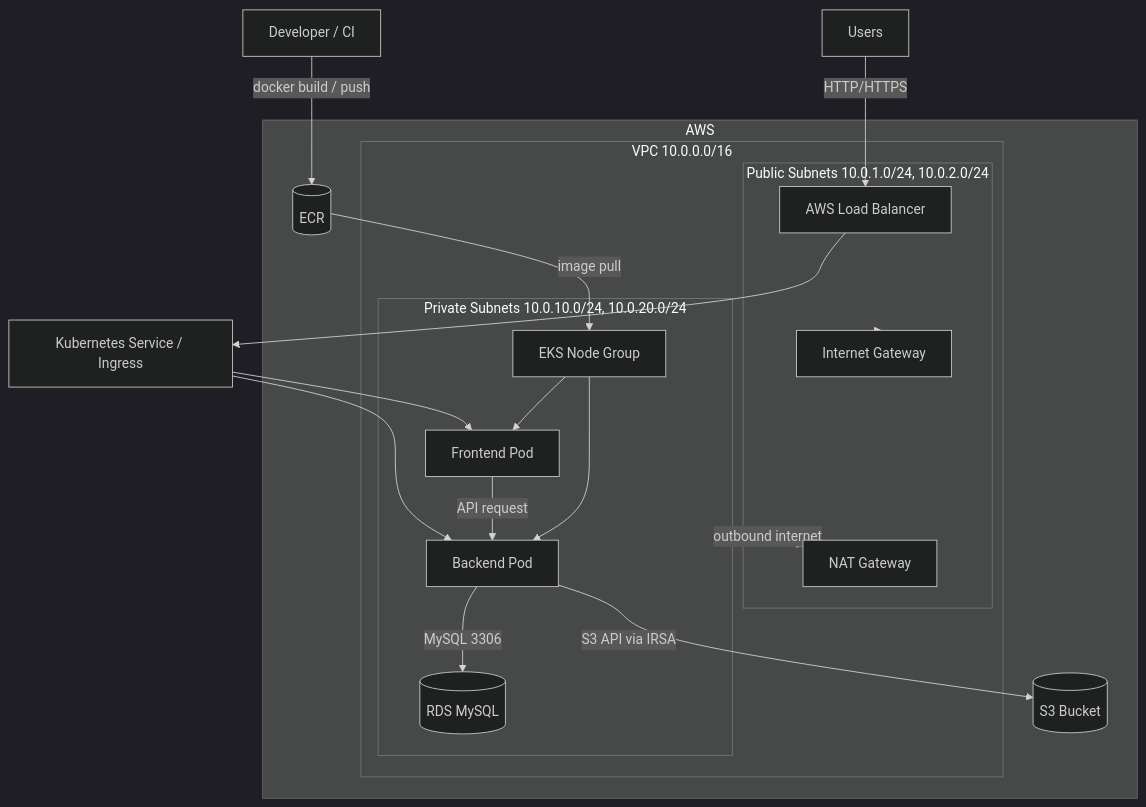
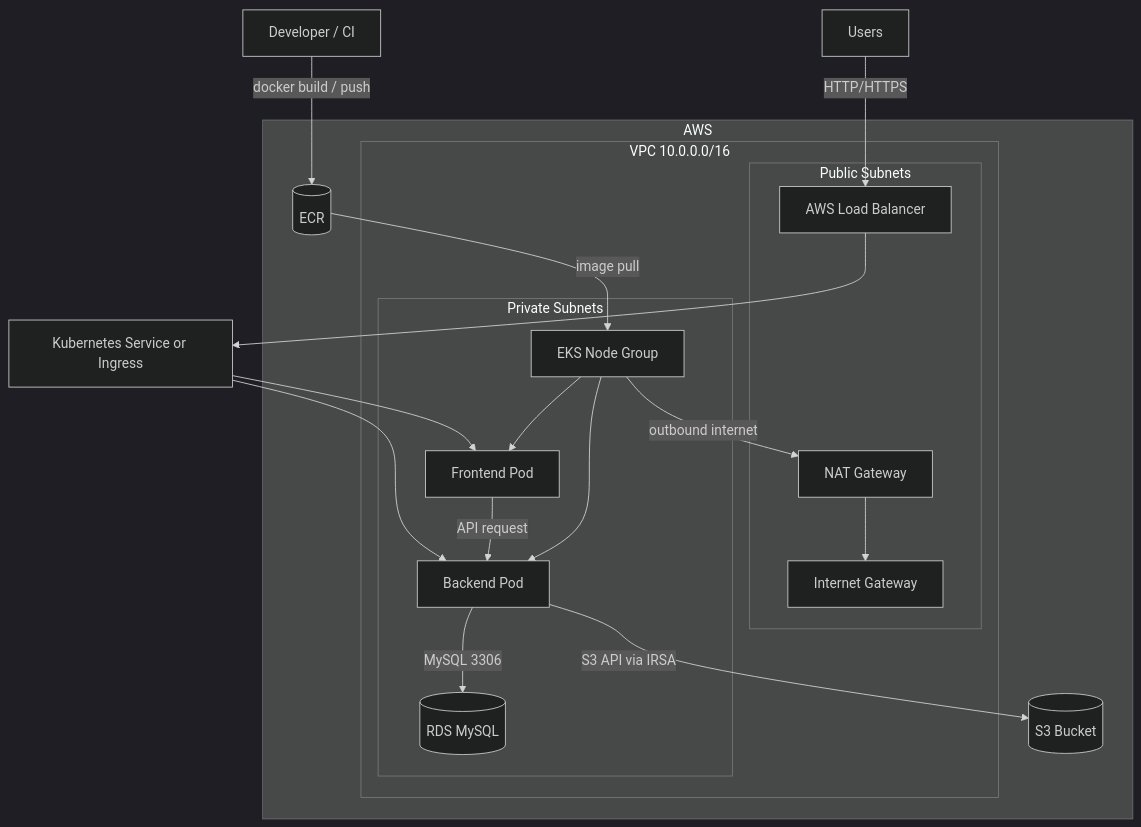
The diagram in README.md (mmije0ng/Rookies_Terraform-k8s-infra), drawn with Mermaid (dark theme) before and after one commit.

Commit message:
docs: fix GitHub Mermaid architecture diagram
- Updated README Mermaid diagram to use GitHub-compatible node and subgraph syntax

- Replaced subgraph-to-subgraph edges with explicit node connections

- Kept AWS, EKS, frontend, backend, RDS, S3, and ECR deployment flow documented

````diff
--- a/README.md
+++ b/README.md
@@ -69,39 +69,39 @@
 ```mermaid
 flowchart TB
-    user[Users] -->|HTTP/HTTPS| lb[AWS Load Balancer]
-    lb --> svc[Kubernetes Service / Ingress]
-    svc --> fe[Frontend Pod]
-    svc --> be[Backend Pod]
+    users[Users] -->|HTTP/HTTPS| lb[AWS Load Balancer]
+    lb --> svc[Kubernetes Service or Ingress]
+    svc --> frontend[Frontend Pod]
+    svc --> backend[Backend Pod]
 
-    fe -->|API request| be
-    be -->|MySQL 3306| rds[(RDS MySQL)]
-    be -->|S3 API via IRSA| s3[(S3 Bucket)]
+    frontend -->|API request| backend
+    backend -->|MySQL 3306| rds[(RDS MySQL)]
+    backend -->|S3 API via IRSA| s3[(S3 Bucket)]
 
     ci[Developer / CI] -->|docker build / push| ecr[(ECR)]
     ecr -->|image pull| node[EKS Node Group]
-    node --> fe
-    node --> be
+    node --> frontend
+    node --> backend
+    node -->|outbound internet| nat
 
-    subgraph aws[AWS]
-        subgraph vpc[VPC 10.0.0.0/16]
-            subgraph public[Public Subnets 10.0.1.0/24, 10.0.2.0/24]
+    subgraph aws["AWS"]
+        subgraph vpc["VPC 10.0.0.0/16"]
+            subgraph public_subnets["Public Subnets"]
                 lb
                 nat[NAT Gateway]
                 igw[Internet Gateway]
             end
 
-            subgraph private[Private Subnets 10.0.10.0/24, 10.0.20.0/24]
+            subgraph private_subnets["Private Subnets"]
                 node
-                fe
-                be
+                frontend
+                backend
                 rds
             end
         end
 
         ecr
         s3
     end
 
-    private -->|outbound internet| nat
-    public --> igw
+    nat --> igw
 ```
````
